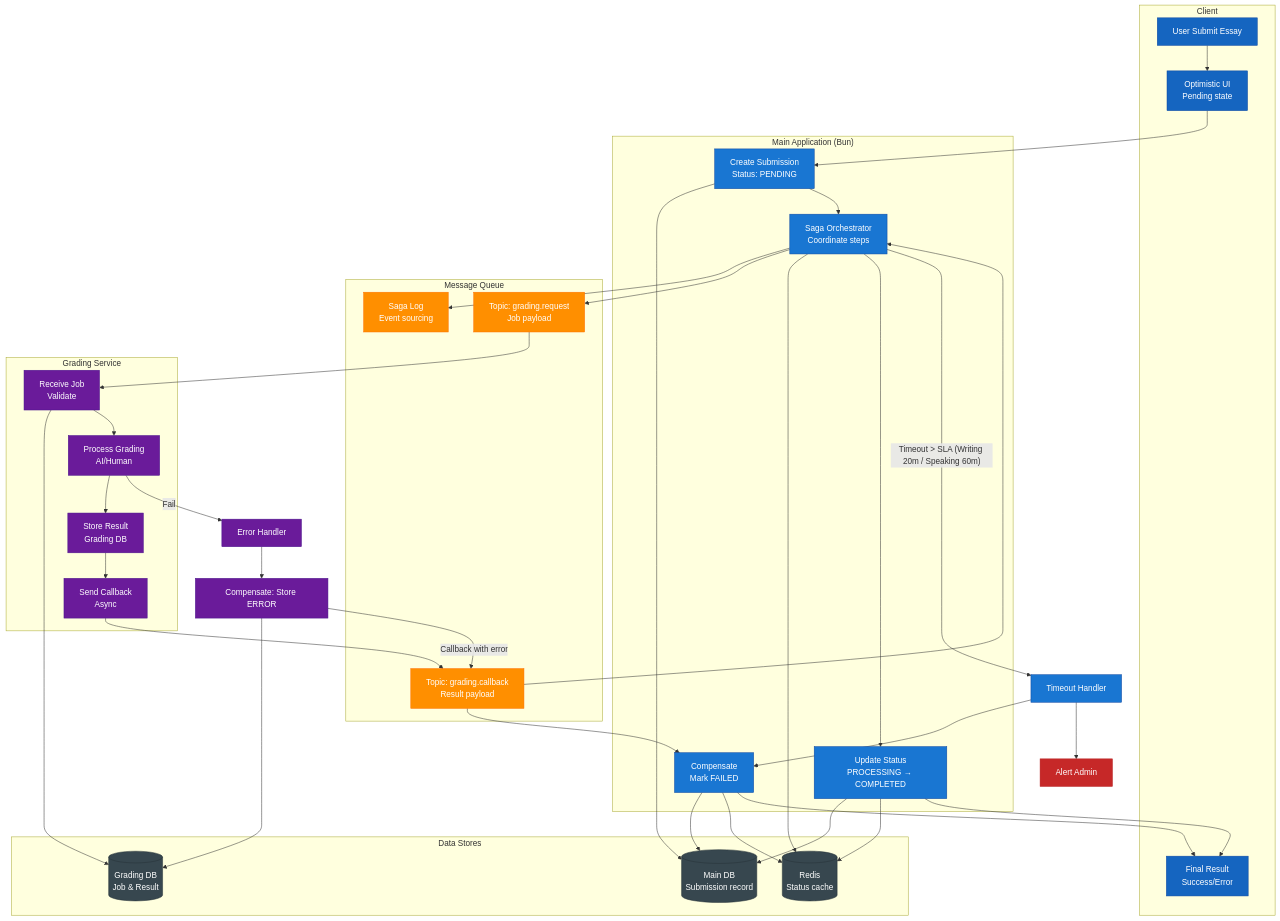
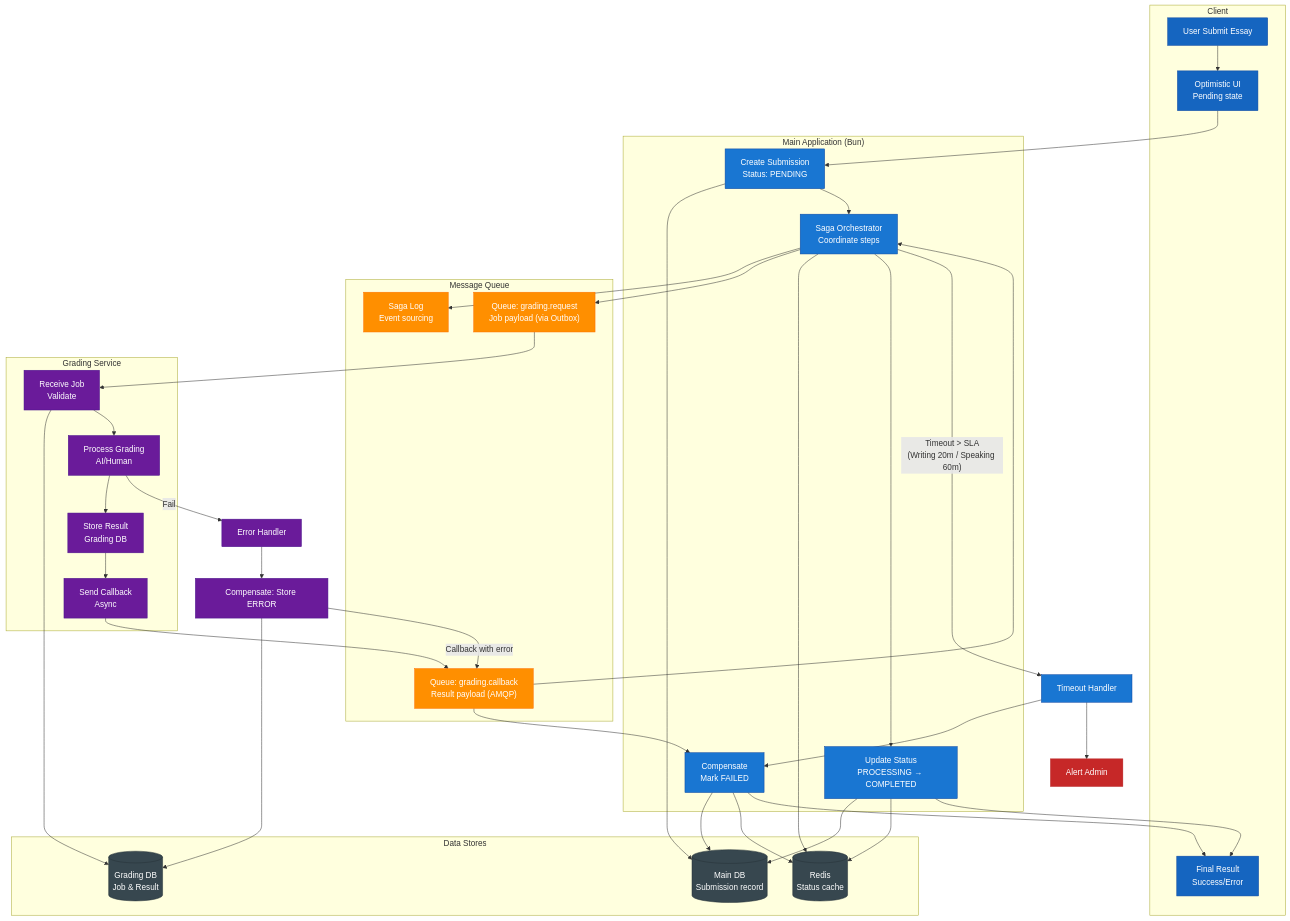
One commit to nghyane/VSTEP changed the fourth of 13 diagrams in docs/capstone/diagrams/flow-diagrams.vi.md. Above: the diagram before and after it, drawn with Mermaid. The commit also changed other lines of this file and 25 other files, not shown here.

```diff
--- a/docs/capstone/diagrams/flow-diagrams.vi.md
+++ b/docs/capstone/diagrams/flow-diagrams.vi.md
@@ -306,8 +303,8 @@
     end
 
     subgraph MessageQueue ["Message Queue"]
-        JobRequest["Topic: grading.request<br/>Job payload"]
-        JobCallback["Topic: grading.callback<br/>Result payload"]
+        JobRequest["Queue: grading.request<br/>Job payload (via Outbox)"]
+        JobCallback["Queue: grading.callback<br/>Result payload (AMQP)"]
         SagaLog["Saga Log<br/>Event sourcing"]
     end
 
@@ -359,7 +356,7 @@
     CompensateMain --> FinalUI
 
     %% Timeout handling
-    SagaOrchestrator -->|"Timeout > SLA (Writing 20m / Speaking 60m)"| TimeoutHandler["Timeout Handler"]
+    SagaOrchestrator -->|"Timeout > SLA<br/>(Writing 20m / Speaking 60m)"| TimeoutHandler["Timeout Handler"]
     TimeoutHandler --> CompensateMain
     TimeoutHandler --> Alert["Alert Admin"]
 
```
